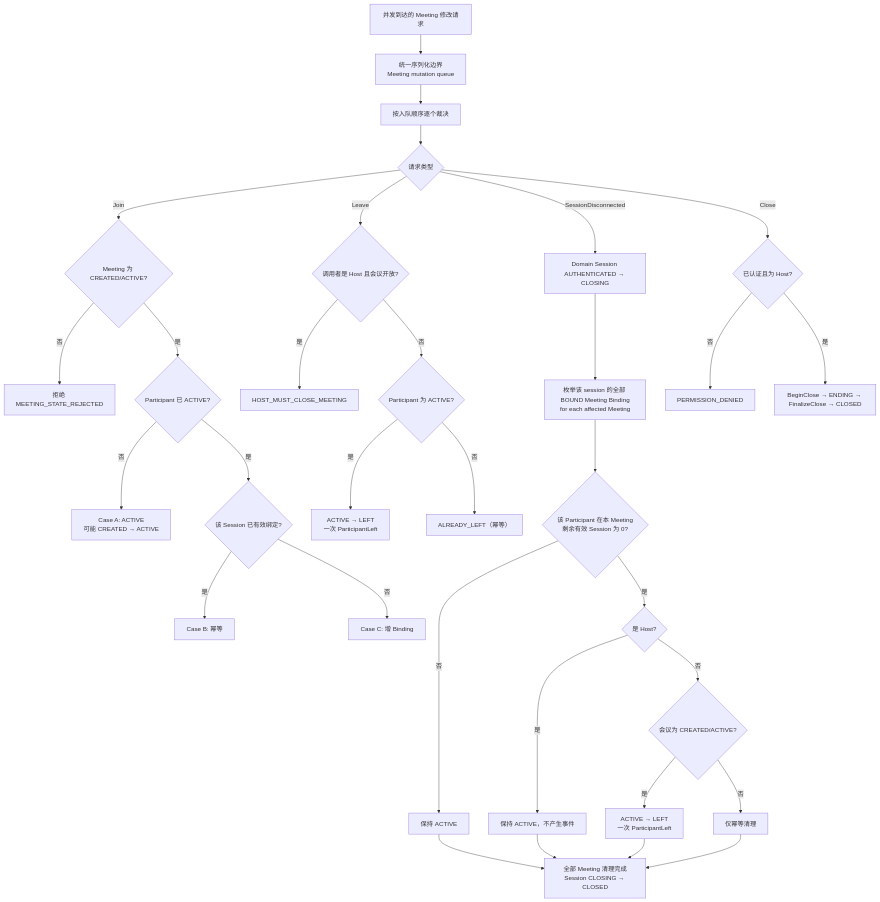
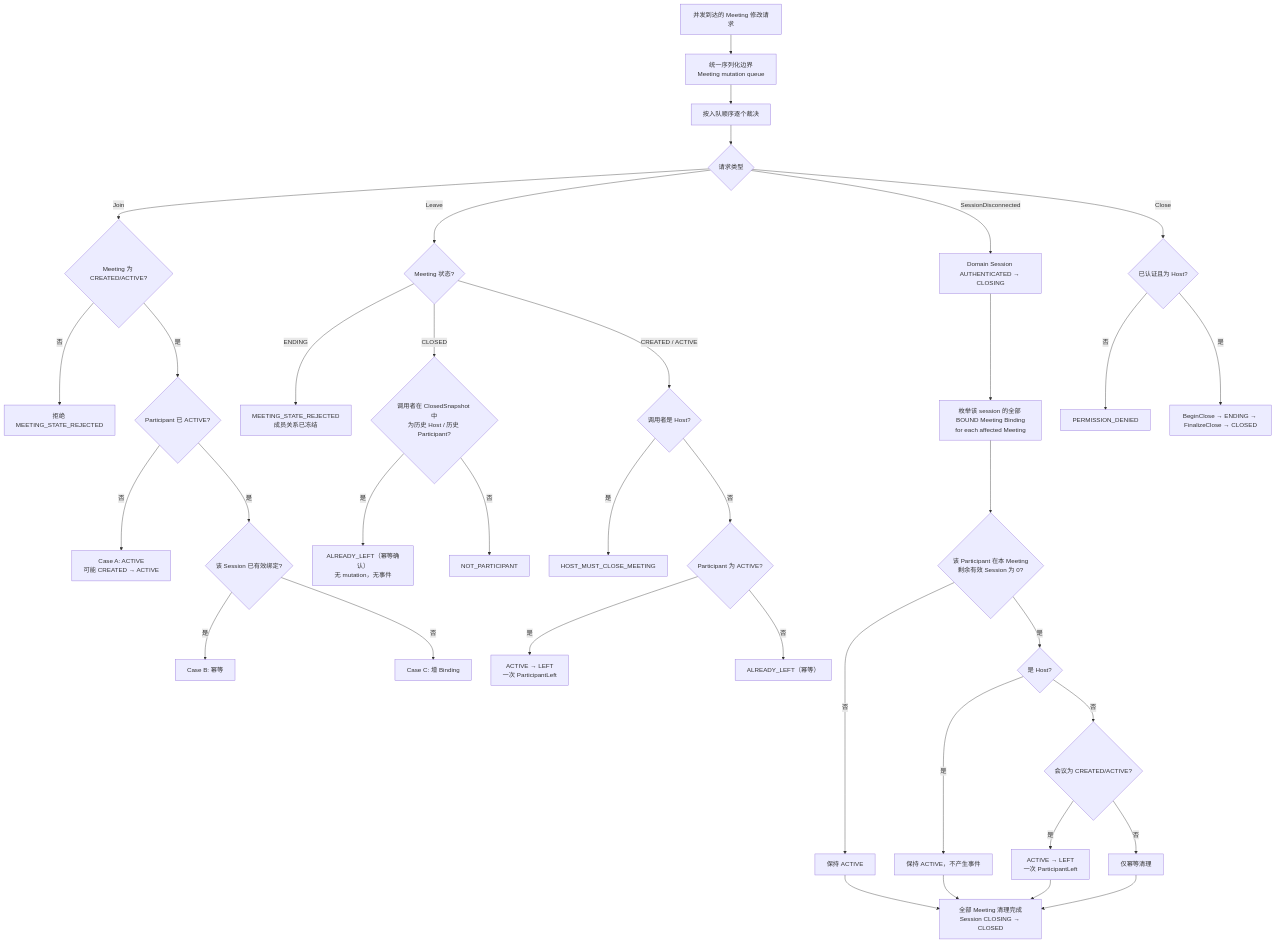
The seventh of 7 diagrams in docs/phase1/STEP-1.3-state-machines.md (tobeki/rtc-signaling-platform), drawn with Mermaid before and after one commit. The commit also changed other lines of this file and 1 other file, not shown here.

Commit message:
docs(phase1): unify CLOSED LeaveMeeting semantics - historical identity returns ALREADY_LEFT, ENDING keeps MEETING_STATE_REJECTED

````diff
--- a/docs/phase1/STEP-1.3-state-machines.md
+++ b/docs/phase1/STEP-1.3-state-machines.md
@@ -1158,34 +1235,39 @@
 ```mermaid
 flowchart TD
     A["并发到达的 Meeting 修改请求"] --> B["统一序列化边界<br/>Meeting mutation queue"]
     B --> C["按入队顺序逐个裁决"]
     C --> D{"请求类型"}
     D -- "Join" --> E{"Meeting 为 CREATED/ACTIVE?"}
     E -- "否" --> E1["拒绝 MEETING_STATE_REJECTED"]
     E -- "是" --> E2{"Participant 已 ACTIVE?"}
     E2 -- "否" --> E3["Case A: ACTIVE<br/>可能 CREATED → ACTIVE"]
     E2 -- "是" --> E4{"该 Session 已有效绑定?"}
     E4 -- "是" --> E5["Case B: 幂等"]
     E4 -- "否" --> E6["Case C: 增 Binding"]
-    D -- "Leave" --> F{"调用者是 Host 且会议开放?"}
+    D -- "Leave" --> F0{"Meeting 状态?"}
+    F0 -- "ENDING" --> F0a["MEETING_STATE_REJECTED<br/>成员关系已冻结"]
+    F0 -- "CLOSED" --> F0b{"调用者在 ClosedSnapshot 中<br/>为历史 Host / 历史 Participant?"}
+    F0b -- "是" --> F0c["ALREADY_LEFT（幂等确认）<br/>无 mutation，无事件"]
+    F0b -- "否" --> F0d["NOT_PARTICIPANT"]
+    F0 -- "CREATED / ACTIVE" --> F{"调用者是 Host?"}
     F -- "是" --> F1["HOST_MUST_CLOSE_MEETING"]
     F -- "否" --> F2{"Participant 为 ACTIVE?"}
     F2 -- "是" --> F3["ACTIVE → LEFT<br/>一次 ParticipantLeft"]
     F2 -- "否" --> F4["ALREADY_LEFT（幂等）"]
     D -- "SessionDisconnected" --> G0["Domain Session AUTHENTICATED → CLOSING"]
     G0 --> G0b["枚举该 session 的全部 BOUND Meeting Binding<br/>for each affected Meeting"]
     G0b --> G1{"该 Participant 在本 Meeting<br/>剩余有效 Session 为 0?"}
     G1 -- "否" --> G2["保持 ACTIVE"]
     G1 -- "是" --> G3{"是 Host?"}
     G3 -- "是" --> G4["保持 ACTIVE，不产生事件"]
     G3 -- "否" --> G5{"会议为 CREATED/ACTIVE?"}
     G5 -- "是" --> G6["ACTIVE → LEFT<br/>一次 ParticipantLeft"]
     G5 -- "否" --> G7["仅幂等清理"]
     G2 --> G8["全部 Meeting 清理完成<br/>Session CLOSING → CLOSED"]
     G4 --> G8
     G6 --> G8
     G7 --> G8
     D -- "Close" --> H0{"已认证且为 Host?"}
     H0 -- "否" --> H1["PERMISSION_DENIED"]
     H0 -- "是" --> H["BeginClose → ENDING → FinalizeClose → CLOSED"]
 ```
````
